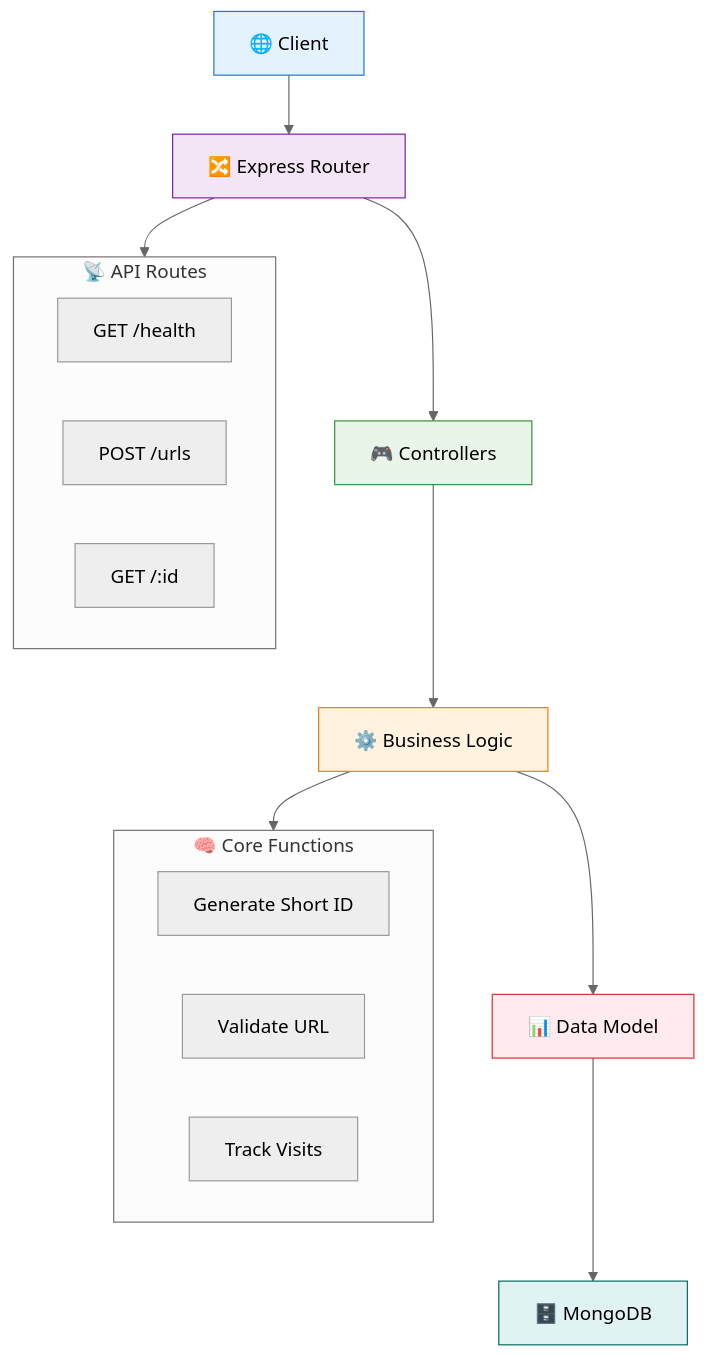
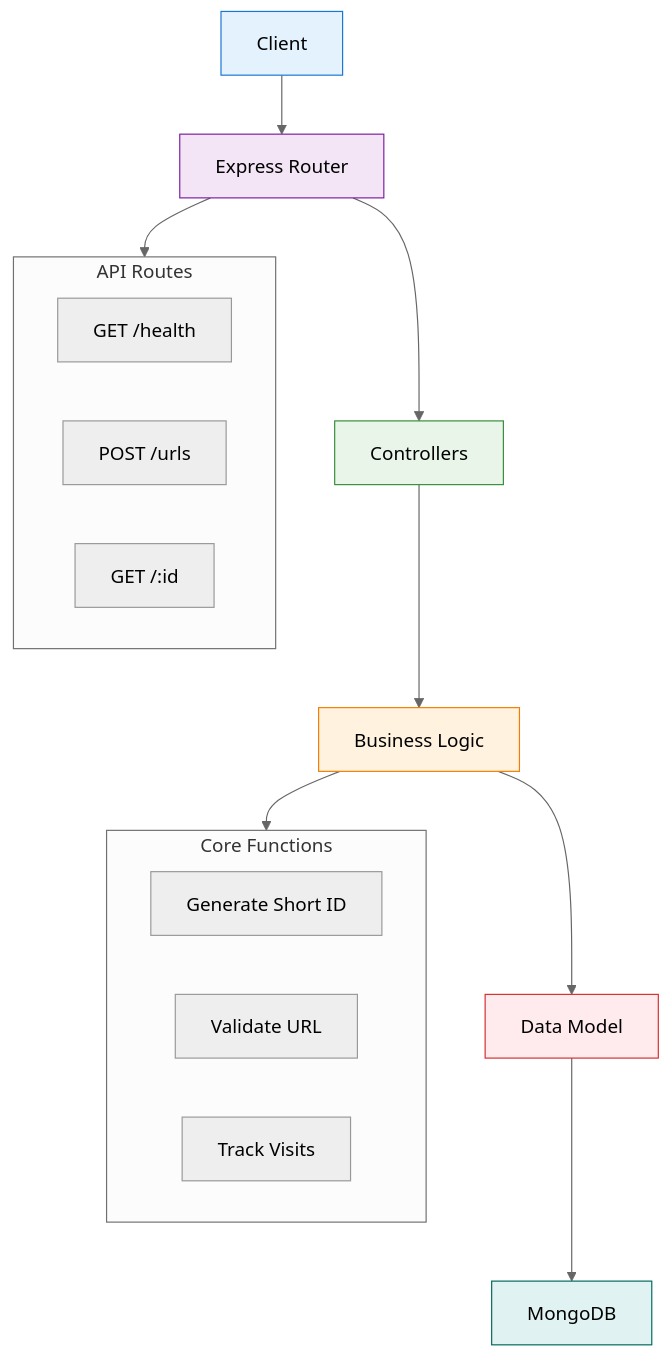
One commit to Shahriarin2garden/url-shortener-lab02-feature-nginx-layer changed the third of 13 diagrams in url-shortener-lab02-feature-nginx-layer/README.md. Above: the diagram before and after it, drawn with Mermaid (neutral theme). The commit also changed other lines of this file, not shown here.

````diff
--- a/url-shortener-lab02-feature-nginx-layer/README.md
+++ b/url-shortener-lab02-feature-nginx-layer/README.md
@@ -85,30 +106,30 @@
 ```mermaid
 graph TD
-    Client[🌐 Client] --> Router[🔀 Express Router]
-    Router --> Controller[🎮 Controllers]
-    Controller --> Service[⚙️ Business Logic]
-    Service --> Model[📊 Data Model]
-    Model --> DB[🗄️ MongoDB]
-    
-    subgraph Routes[📡 API Routes]
+    Client[Client] --> Router[Express Router]
+    Router --> Controller[Controllers]
+    Controller --> Service[Business Logic]
+    Service --> Model[Data Model]
+    Model --> DB[MongoDB]
+
+    subgraph Routes[API Routes]
         HealthRoute[GET /health]
         CreateRoute[POST /urls]
         RedirectRoute[GET /:id]
     end
-    
-    subgraph Logic[🧠 Core Functions]
+
+    subgraph Logic[Core Functions]
         Generate[Generate Short ID]
         Validate[Validate URL]
         Track[Track Visits]
     end
-    
+
     Router --> Routes
     Service --> Logic
-    
+
     style Client fill:#e3f2fd,stroke:#1976d2
     style Router fill:#f3e5f5,stroke:#7b1fa2
     style Controller fill:#e8f5e8,stroke:#388e3c
     style Service fill:#fff3e0,stroke:#f57c00
     style Model fill:#ffebee,stroke:#d32f2f
     style DB fill:#e0f2f1,stroke:#00695c
 ```
````
